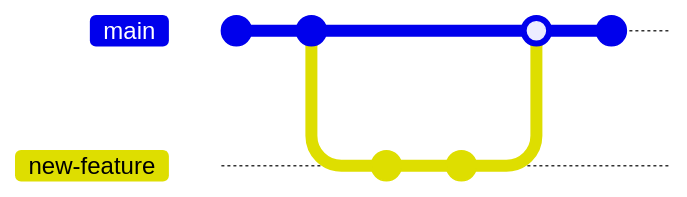
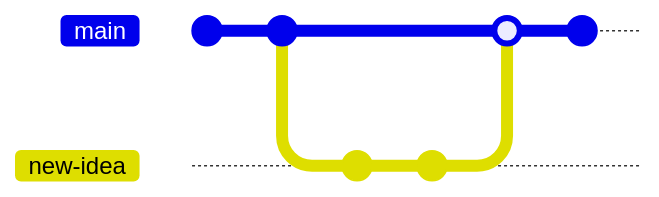
The second of 2 diagrams in workshop.qmd (AnafNeves/Github_Workshop), drawn with Mermaid before and after one commit. The commit also changed other lines of this file and 1 other file, not shown here. Commit ids are hidden.

````diff
--- a/workshop.qmd
+++ b/workshop.qmd
@@ -205,13 +280,13 @@
 ```{mermaid}
 %%| fig-width: 10
 gitGraph
   commit
   commit
-  branch new-feature
-  checkout new-feature
+  branch new-idea
+  checkout new-idea
   commit
   commit
   checkout main
-  merge new-feature
+  merge new-idea
   commit
 ```
````
